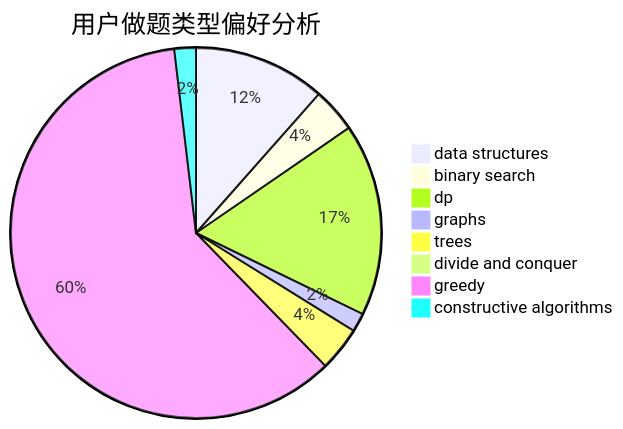
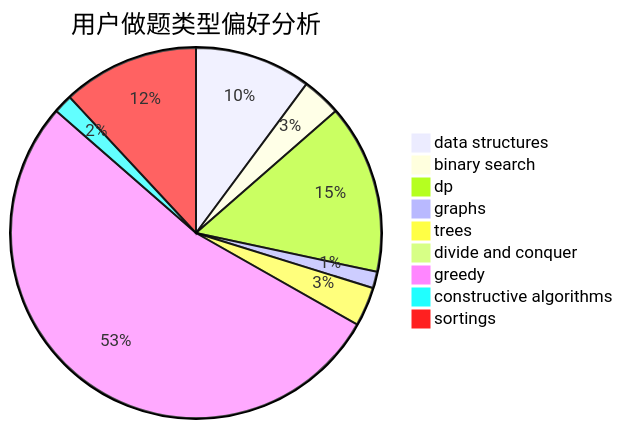
Before and after one commit to sherpahu/cfrs.github.io: the second of 3 diagrams in docs/user/u318.md, drawn with Mermaid. The commit also changed other lines of this file and 2769 other files, not shown here.

````diff
--- a/docs/user/u318.md
+++ b/docs/user/u318.md
@@ -23,11 +18,12 @@
 ```mermaid
 pie title 用户做题类型偏好分析
     "data structures" :  92
     "binary search" :  31
     "dp" :  134
     "graphs" :  13
     "trees" :  31
     "divide and conquer" :  0
     "greedy" :  482
     "constructive algorithms" :  15
+    "sortings" :  108
 ```
````
